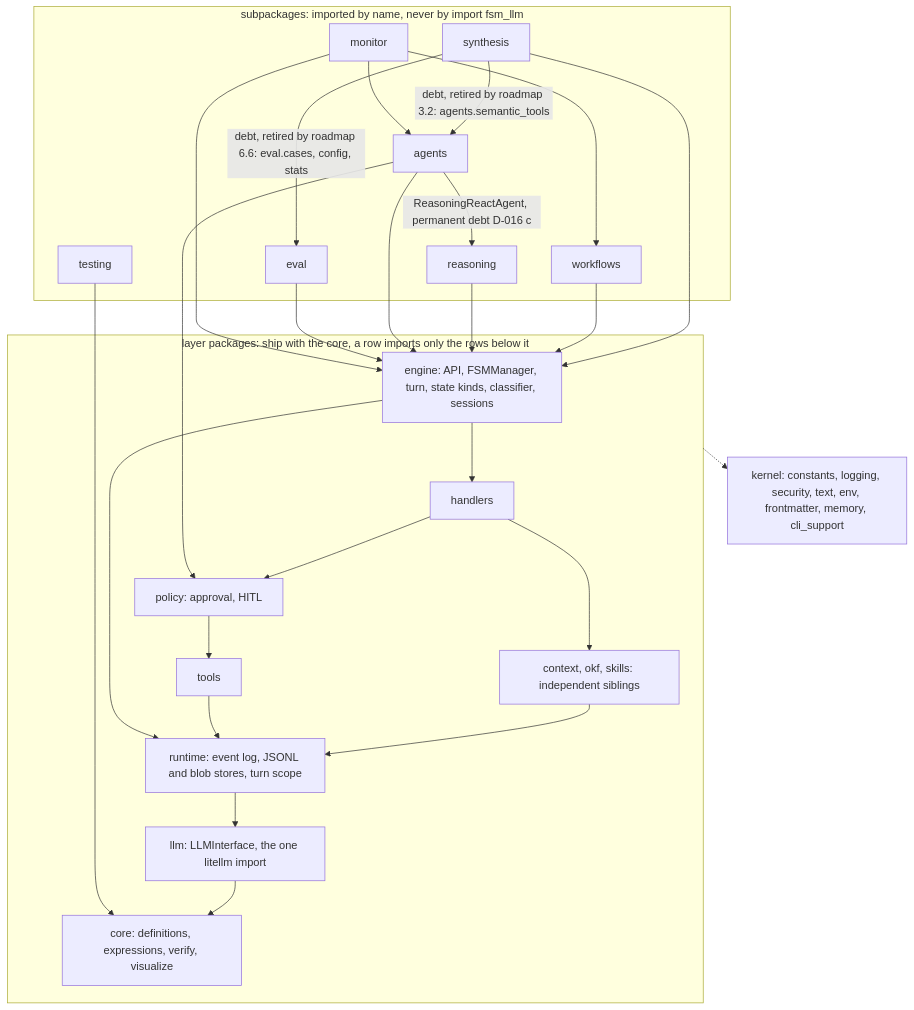
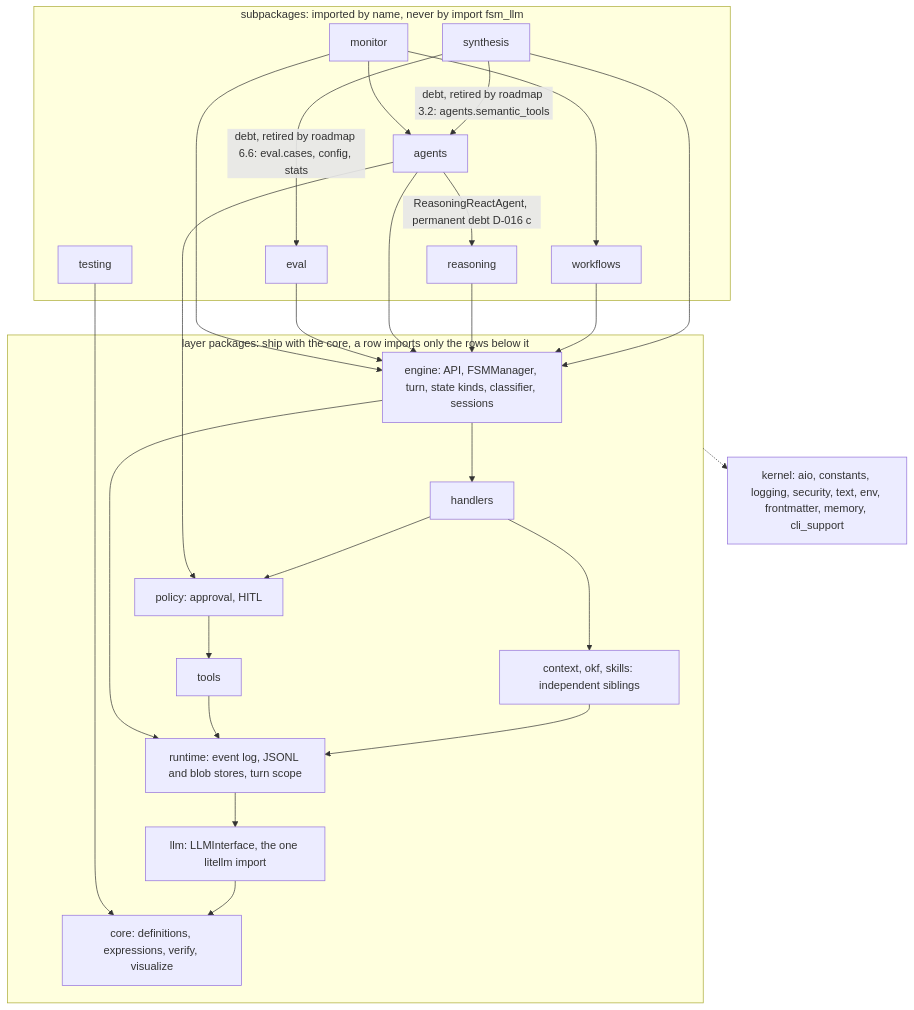
Before and after one commit to NikolasMarkou/fsm_llm: the diagram in AGENTS.md, drawn with Mermaid. The commit also changed other lines of this file and 5 other files, not shown here.

````diff
--- a/AGENTS.md
+++ b/AGENTS.md
@@ -15,46 +15,46 @@
 ```mermaid
 flowchart TD
     subgraph sub[subpackages: imported by name, never by import fsm_llm]
         monitor[monitor]
         eval[eval]
         agents[agents]
         synthesis[synthesis]
         workflows[workflows]
         reasoning[reasoning]
         testing[testing]
     end
     subgraph layers[layer packages: ship with the core, a row imports only the rows below it]
         engine[engine: API, FSMManager, turn, state kinds, classifier, sessions]
         handlers[handlers]
         policy[policy: approval, HITL]
         tools[tools]
         siblings[context, okf, skills: independent siblings]
         runtime[runtime: event log, JSONL and blob stores, turn scope]
         llm[llm: LLMInterface, the one litellm import]
         core[core: definitions, expressions, verify, visualize]
     end
-    kernel[kernel: constants, logging, security, text, env, frontmatter, memory, cli_support]
+    kernel[kernel: aio, constants, logging, security, text, env, frontmatter, memory, cli_support]
     monitor --> agents
     monitor --> workflows
     monitor --> engine
     eval --> engine
     agents --> engine
     agents -- ReasoningReactAgent, permanent debt D-016 c --> reasoning
     reasoning --> engine
     workflows --> engine
     synthesis --> engine
     synthesis -- debt, retired by roadmap 3.2: agents.semantic_tools --> agents
     synthesis -- debt, retired by roadmap 6.6: eval.cases, config, stats --> eval
     testing --> core
     agents --> policy
     engine --> handlers
     engine --> runtime
     handlers --> policy
     handlers --> siblings
     policy --> tools
     tools --> runtime
     siblings --> runtime
     runtime --> llm
     llm --> core
     layers -.-> kernel
 ```
````
